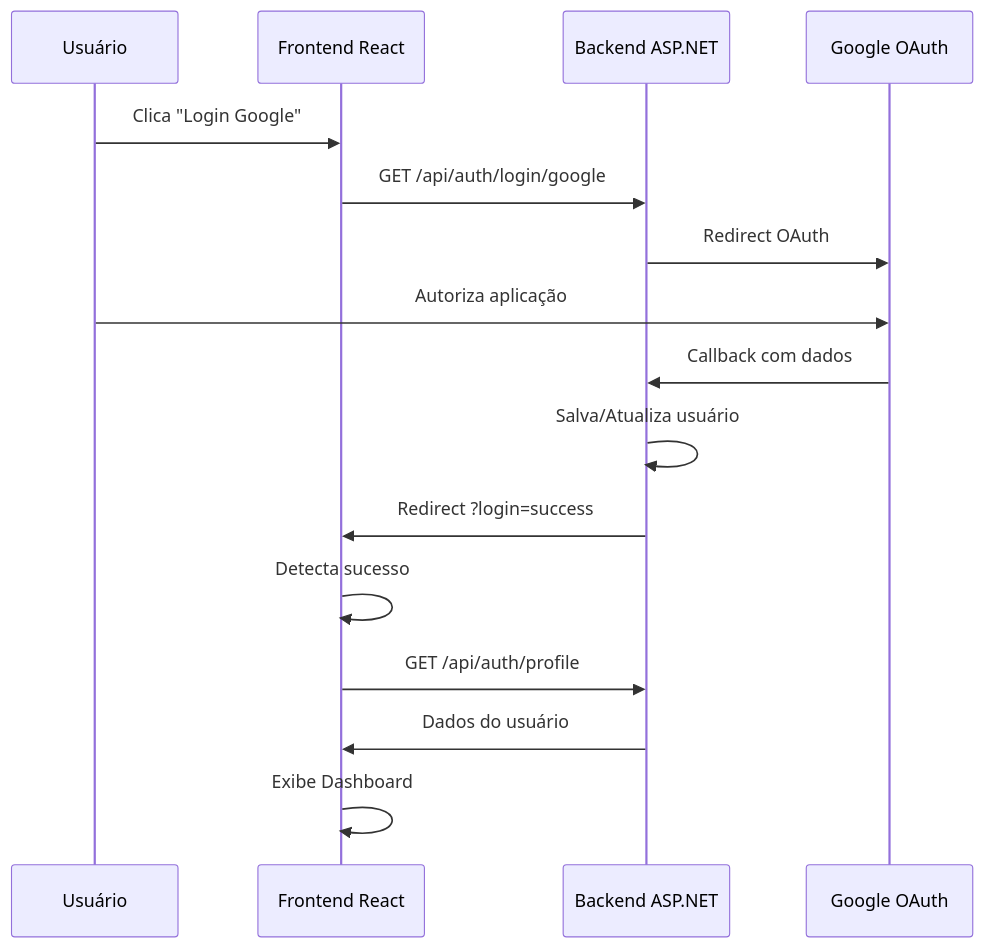
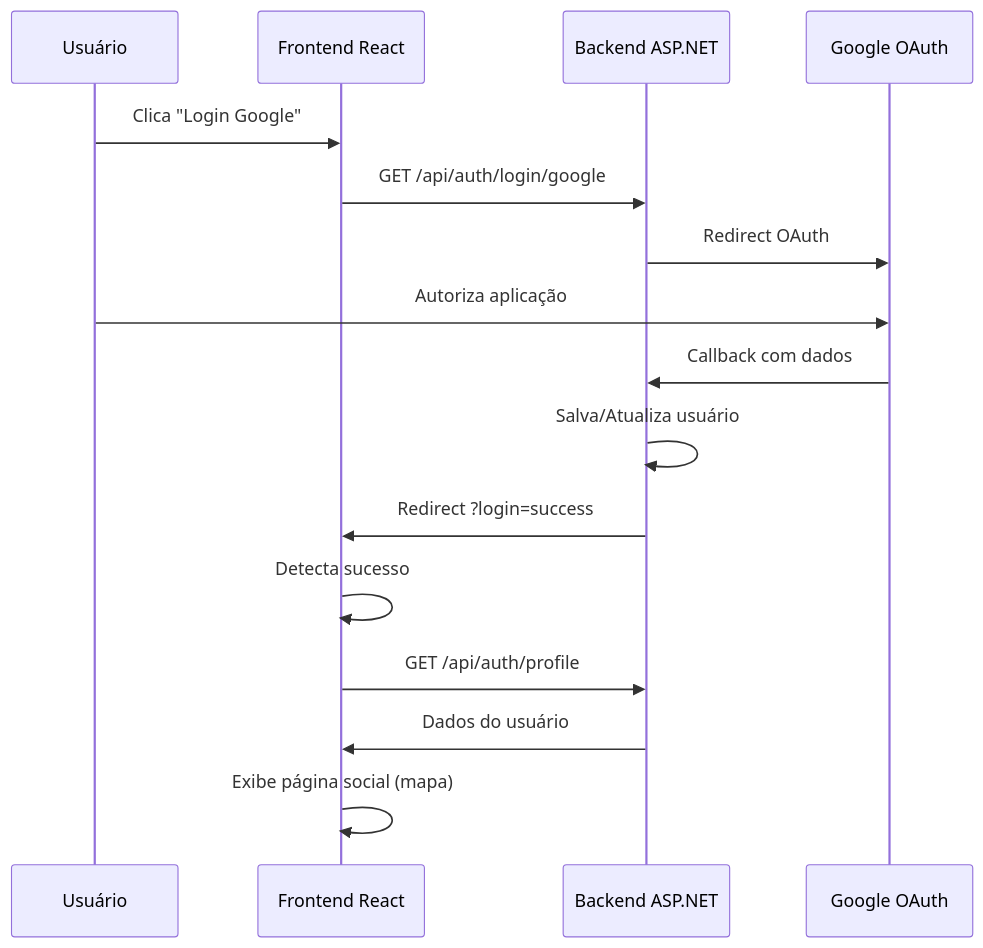
Before and after one commit to Pharlea/YourStreet: the diagram in INTEGRATION.md, drawn with Mermaid. The commit also changed other lines of this file and 66 other files, not shown here.

````diff
--- a/INTEGRATION.md
+++ b/INTEGRATION.md
@@ -48,19 +48,19 @@
 ```mermaid
 sequenceDiagram
     participant U as Usuário
     participant F as Frontend React
     participant B as Backend ASP.NET
     participant G as Google OAuth
 
     U->>F: Clica "Login Google"
     F->>B: GET /api/auth/login/google
     B->>G: Redirect OAuth
     U->>G: Autoriza aplicação
     G->>B: Callback com dados
     B->>B: Salva/Atualiza usuário
     B->>F: Redirect ?login=success
     F->>F: Detecta sucesso
     F->>B: GET /api/auth/profile
     B->>F: Dados do usuário
-    F->>F: Exibe Dashboard
+    F->>F: Exibe página social (mapa)
 ```
````
